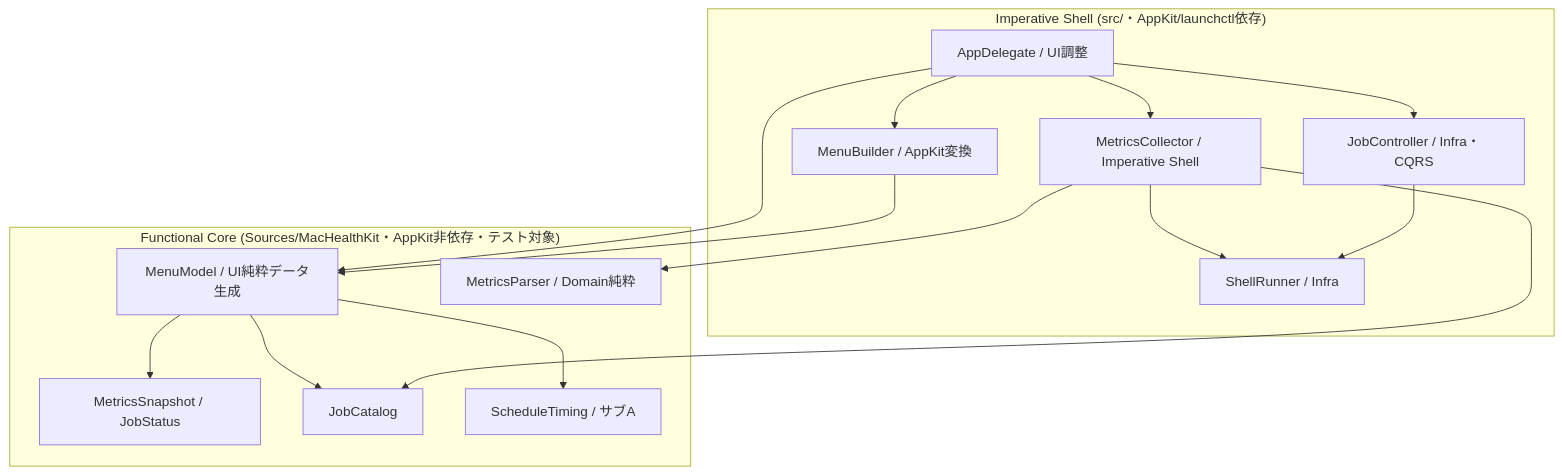
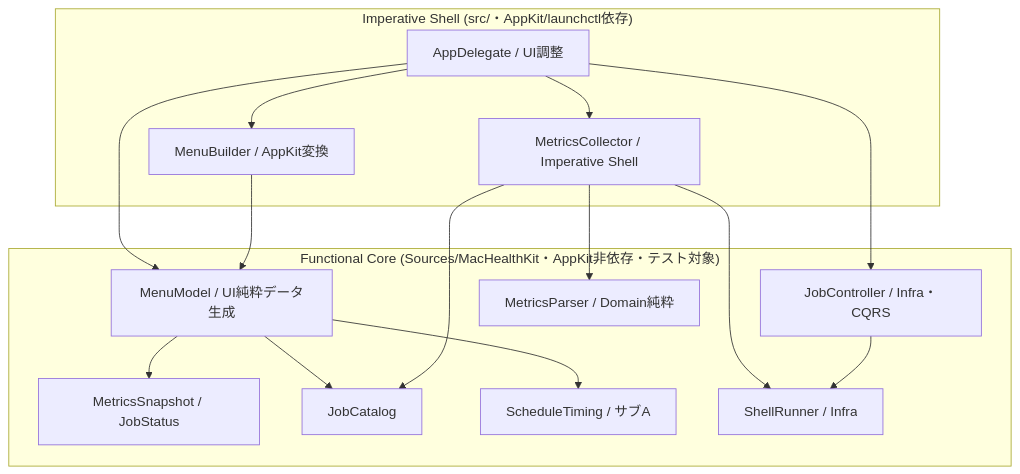
Before and after one commit to RUA-PROM/mac-healh-keeper: the first of 5 diagrams in .workflow/20260527_225413_規約準拠改善/90_issues/20260527_225641_B_Swiftアプリ責務分割/02_設計.md, drawn with Mermaid. The commit also changed other lines of this file and 3 other files, not shown here.

````diff
--- a/.workflow/20260527_225413_規約準拠改善/90_issues/20260527_225641_B_Swiftアプリ責務分割/02_設計.md
+++ b/.workflow/20260527_225413_規約準拠改善/90_issues/20260527_225641_B_Swiftアプリ責務分割/02_設計.md
@@ -108,29 +108,29 @@
 ```mermaid
 flowchart TD
     AD[AppDelegate / UI調整] --> MC[MetricsCollector / Imperative Shell]
     AD --> JC[JobController / Infra・CQRS]
     AD --> MM[MenuModel / UI純粋データ生成]
     AD --> MB[MenuBuilder / AppKit変換]
     MB --> MM
     MM --> SNAP[MetricsSnapshot / JobStatus]
     MM --> CAT[JobCatalog]
     MM --> ST[ScheduleTiming / サブA]
     MC --> SR[ShellRunner / Infra]
     MC --> MP[MetricsParser / Domain純粋]
     MC --> CAT
     JC --> SR
     subgraph Core["Functional Core (Sources/MacHealthKit・AppKit非依存・テスト対象)"]
         MP
         MM
         SNAP
         CAT
         ST
+        SR
+        JC
     end
     subgraph Shell["Imperative Shell (src/・AppKit/launchctl依存)"]
         AD
         MC
-        JC
         MB
-        SR
     end
 ```
````
